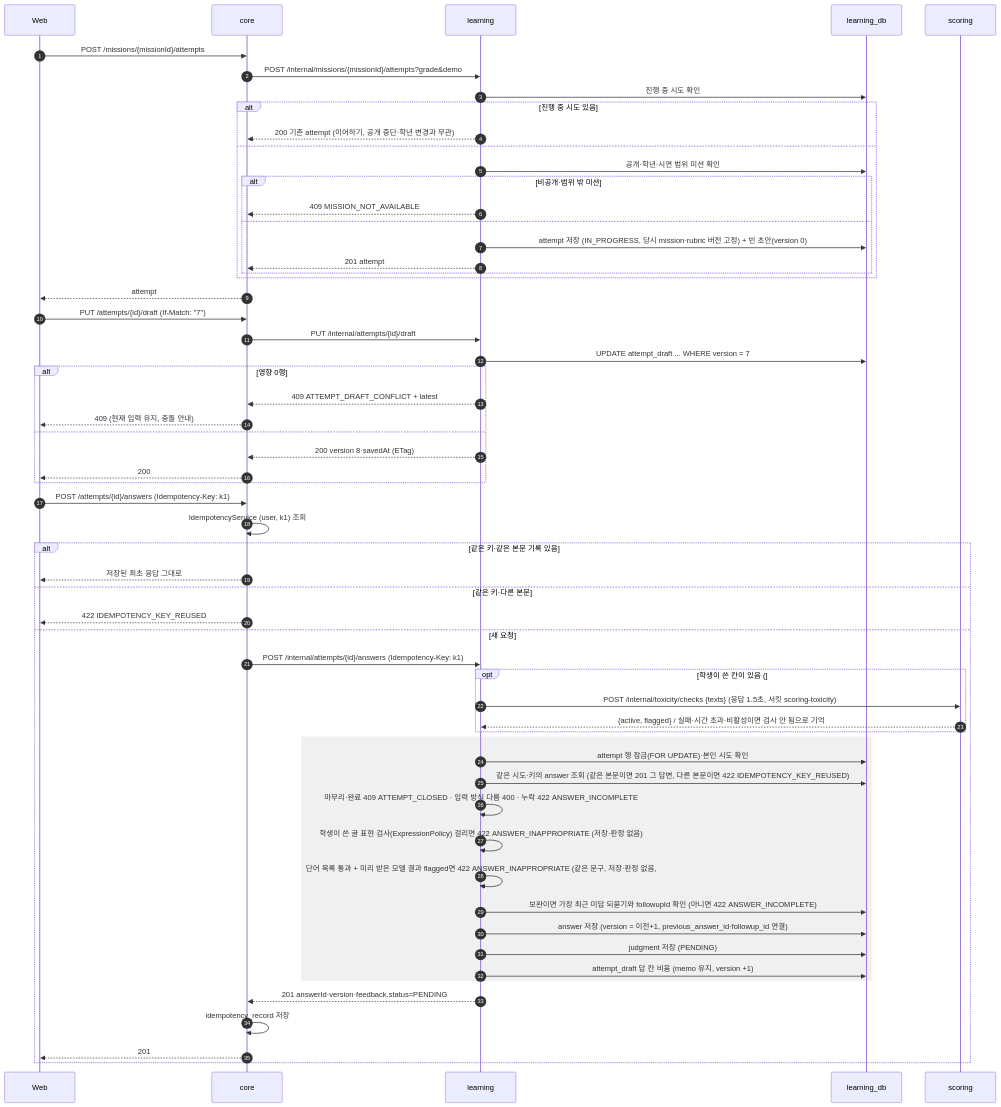
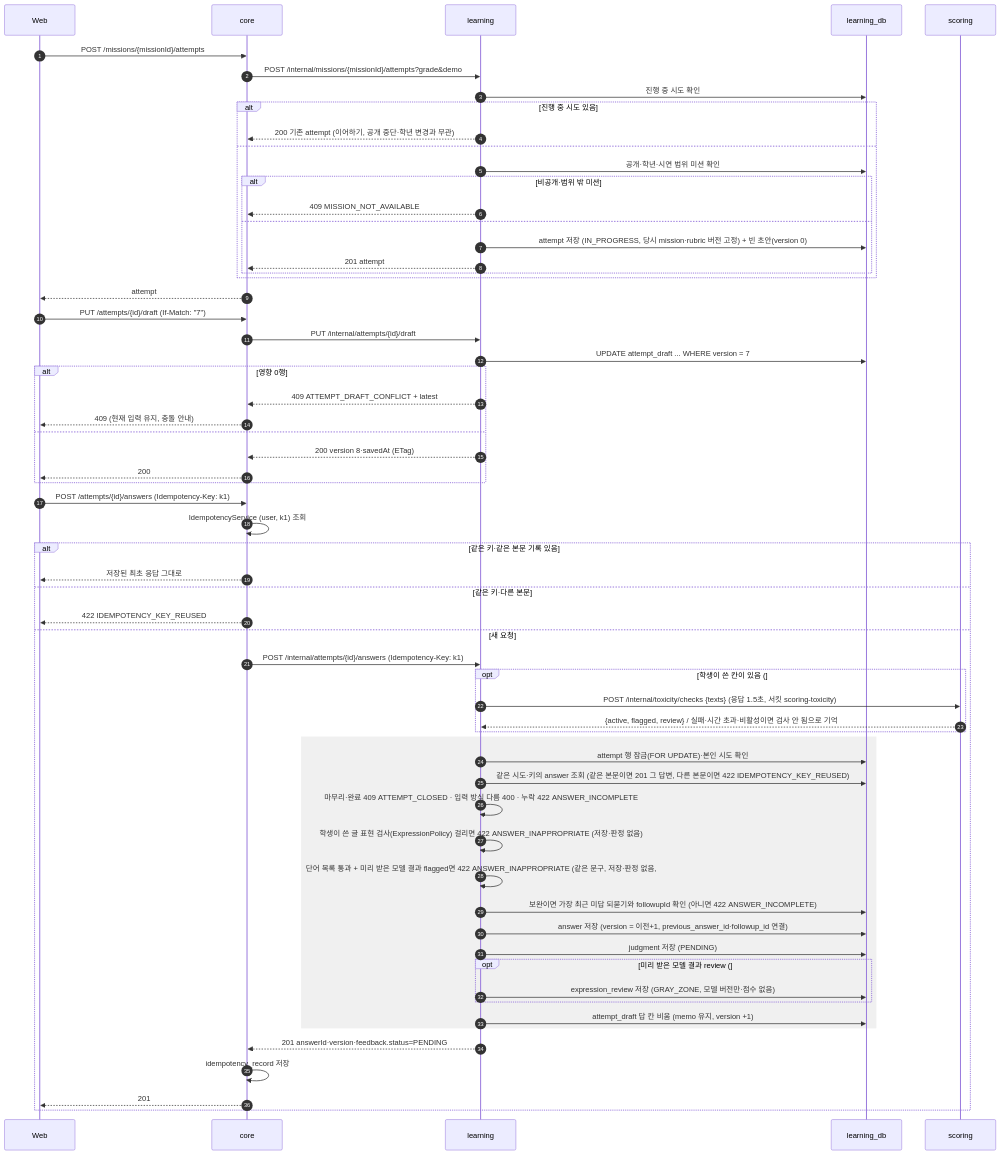
Diagram 14 of 42 in docs/design/sequence-diagram.md (SKNETWORKS-FAMILY-AICAMP/SKN34-FINAL-3TEAM), drawn with Mermaid before and after one commit. The commit also changed other lines of this file and 7 other files, not shown here.

````diff
--- a/docs/design/sequence-diagram.md
+++ b/docs/design/sequence-diagram.md
@@ -485,64 +485,67 @@
 ```mermaid
 sequenceDiagram
   autonumber
   participant W as Web
   participant C as core
   participant L as learning
   participant DB as learning_db
   participant S as scoring
 
   W->>C: POST /missions/{missionId}/attempts
   C->>L: POST /internal/missions/{missionId}/attempts?grade&demo
   L->>DB: 진행 중 시도 확인
   alt 진행 중 시도 있음
     L-->>C: 200 기존 attempt (이어하기, 공개 중단·학년 변경과 무관)
   else
     L->>DB: 공개·학년·시연 범위 미션 확인
     alt 비공개·범위 밖 미션
       L-->>C: 409 MISSION_NOT_AVAILABLE
     else
       L->>DB: attempt 저장 (IN_PROGRESS, 당시 mission·rubric 버전 고정) + 빈 초안(version 0)
       L-->>C: 201 attempt
     end
   end
   C-->>W: attempt
 
   W->>C: PUT /attempts/{id}/draft (If-Match: "7")
   C->>L: PUT /internal/attempts/{id}/draft
   L->>DB: UPDATE attempt_draft ... WHERE version = 7
   alt 영향 0행
     L-->>C: 409 ATTEMPT_DRAFT_CONFLICT + latest
     C-->>W: 409 (현재 입력 유지, 충돌 안내)
   else
     L-->>C: 200 version 8·savedAt (ETag)
     C-->>W: 200
   end
 
   W->>C: POST /attempts/{id}/answers (Idempotency-Key: k1)
   C->>C: IdempotencyService (user, k1) 조회
   alt 같은 키·같은 본문 기록 있음
     C-->>W: 저장된 최초 응답 그대로
   else 같은 키·다른 본문
     C-->>W: 422 IDEMPOTENCY_KEY_REUSED
   else 새 요청
     C->>L: POST /internal/attempts/{id}/answers (Idempotency-Key: k1)
     opt 학생이 쓴 칸이 있음 (#688)
       L->>S: POST /internal/toxicity/checks {texts} (응답 1.5초, 서킷 scoring-toxicity)
-      S-->>L: {active, flagged} / 실패·시간 초과·비활성이면 검사 안 됨으로 기억
+      S-->>L: {active, flagged, review} / 실패·시간 초과·비활성이면 검사 안 됨으로 기억
     end
     rect rgba(128,128,128,0.12)
       L->>DB: attempt 행 잠금(FOR UPDATE)·본인 시도 확인
       L->>DB: 같은 시도·키의 answer 조회 (같은 본문이면 201 그 답변, 다른 본문이면 422 IDEMPOTENCY_KEY_REUSED)
       L->>L: 마무리·완료 409 ATTEMPT_CLOSED · 입력 방식 다름 400 · 누락 422 ANSWER_INCOMPLETE
       L->>L: 학생이 쓴 글 표현 검사(ExpressionPolicy) 걸리면 422 ANSWER_INAPPROPRIATE (저장·판정 없음)
       L->>L: 단어 목록 통과 + 미리 받은 모델 결과 flagged면 422 ANSWER_INAPPROPRIATE (같은 문구, 저장·판정 없음, #688)
       L->>DB: 보완이면 가장 최근 미답 되묻기와 followupId 확인 (아니면 422 ANSWER_INCOMPLETE)
       L->>DB: answer 저장 (version = 이전+1, previous_answer_id·followup_id 연결)
       L->>DB: judgment 저장 (PENDING)
+      opt 미리 받은 모델 결과 review (#725)
+        L->>DB: expression_review 저장 (GRAY_ZONE, 모델 버전만·점수 없음)
+      end
       L->>DB: attempt_draft 답 칸 비움 (memo 유지, version +1)
     end
     L-->>C: 201 answerId·version·feedback.status=PENDING
     C->>C: idempotency_record 저장
     C-->>W: 201
   end
 ```
````
